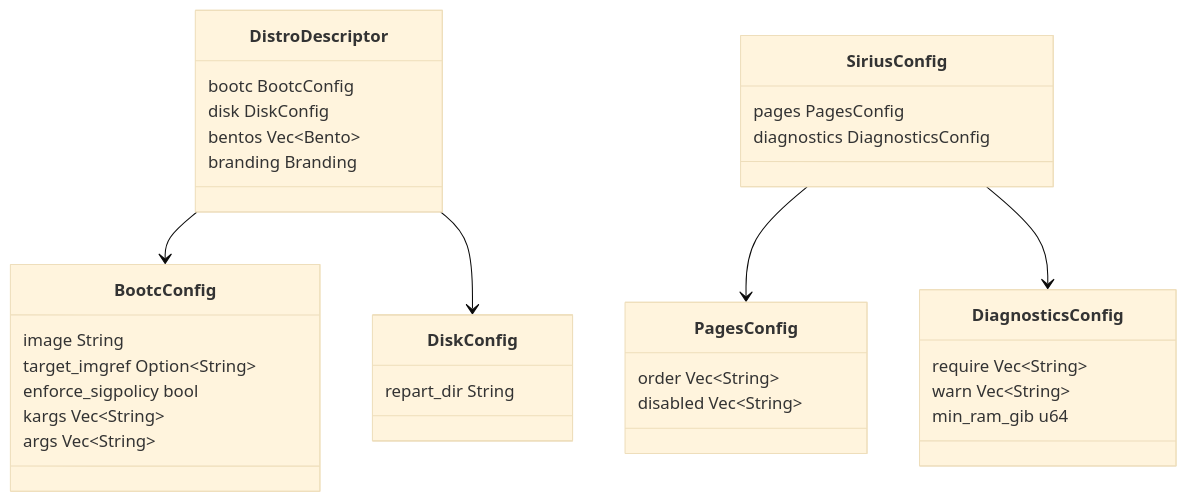
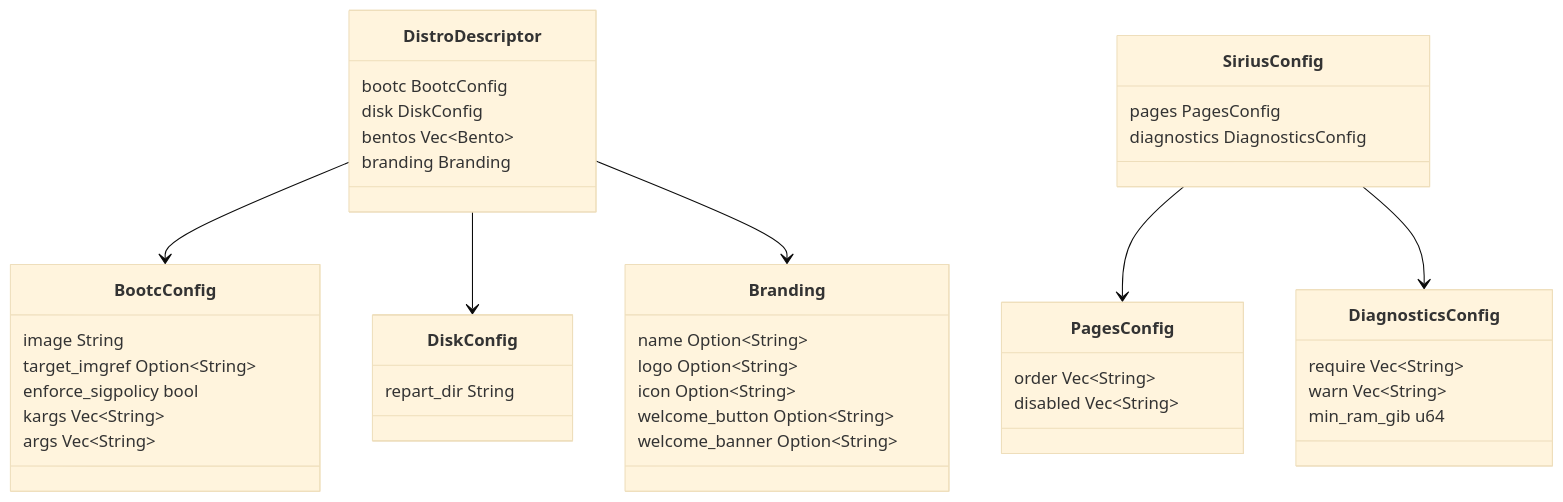
Before and after one commit to luminusOS/sirius: the seventh of 8 diagrams in ARCHITECTURE.md, drawn with Mermaid (base theme). The commit also changed other lines of this file and 103 other files, not shown here.

````diff
--- a/ARCHITECTURE.md
+++ b/ARCHITECTURE.md
@@ -197,36 +233,44 @@
 ```mermaid
 classDiagram
   class DistroDescriptor {
     bootc BootcConfig
     disk DiskConfig
     bentos Vec~Bento~
     branding Branding
+  }
+  class Branding {
+    name Option~String~
+    logo Option~String~
+    icon Option~String~
+    welcome_button Option~String~
+    welcome_banner Option~String~
   }
   class BootcConfig {
     image String
     target_imgref Option~String~
     enforce_sigpolicy bool
     kargs Vec~String~
     args Vec~String~
   }
   class DiskConfig {
     repart_dir String
   }
   class SiriusConfig {
     pages PagesConfig
     diagnostics DiagnosticsConfig
   }
   class PagesConfig {
     order Vec~String~
     disabled Vec~String~
   }
   class DiagnosticsConfig {
     require Vec~String~
     warn Vec~String~
     min_ram_gib u64
   }
   DistroDescriptor --> BootcConfig
   DistroDescriptor --> DiskConfig
+  DistroDescriptor --> Branding
   SiriusConfig --> PagesConfig
   SiriusConfig --> DiagnosticsConfig
 ```
````
